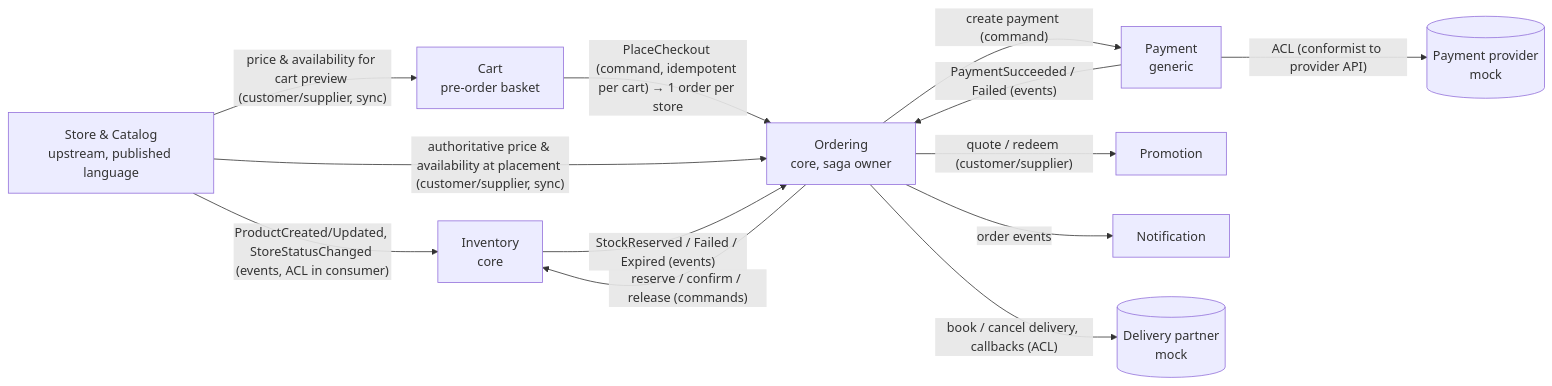
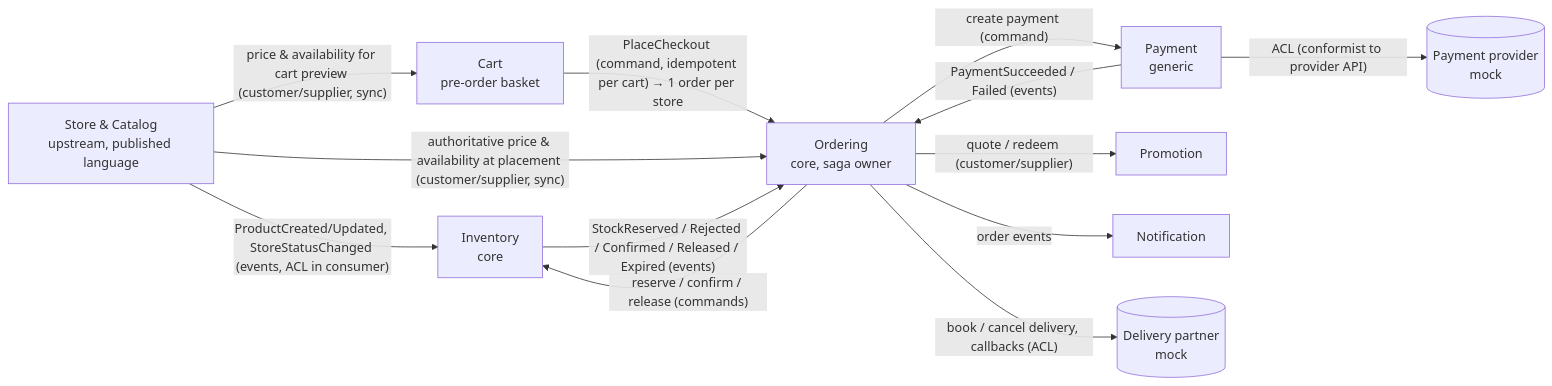
One commit to domt97/oms-workspace changed the first of 2 diagrams in architecture/vision.md. Above: the diagram before and after it, drawn with Mermaid. The commit also changed other lines of this file and 17 other files, not shown here.

````diff
--- a/architecture/vision.md
+++ b/architecture/vision.md
@@ -89,25 +89,25 @@
 ```mermaid
 flowchart LR
     Store[Store & Catalog<br/>upstream, published language]
     Inv[Inventory<br/>core]
     Cart[Cart<br/>pre-order basket]
     Ord[Ordering<br/>core, saga owner]
     Pay[Payment<br/>generic]
     Promo[Promotion]
     Notif[Notification]
     PSP[(Payment provider<br/>mock)]
     DLV[(Delivery partner<br/>mock)]
 
     Store -- "ProductCreated/Updated, StoreStatusChanged (events, ACL in consumer)" --> Inv
     Store -- "price & availability for cart preview (customer/supplier, sync)" --> Cart
     Cart -- "PlaceCheckout (command, idempotent per cart) → 1 order per store" --> Ord
     Store -- "authoritative price & availability at placement (customer/supplier, sync)" --> Ord
     Ord -- "reserve / confirm / release (commands)" --> Inv
-    Inv -- "StockReserved / Failed / Expired (events)" --> Ord
+    Inv -- "StockReserved / Rejected / Confirmed / Released / Expired (events)" --> Ord
     Ord -- "quote / redeem (customer/supplier)" --> Promo
     Ord -- "create payment (command)" --> Pay
     Pay -- "PaymentSucceeded / Failed (events)" --> Ord
     Pay -- "ACL (conformist to provider API)" --> PSP
     Ord -- "book / cancel delivery, callbacks (ACL)" --> DLV
     Ord -- "order events" --> Notif
 ```
````
